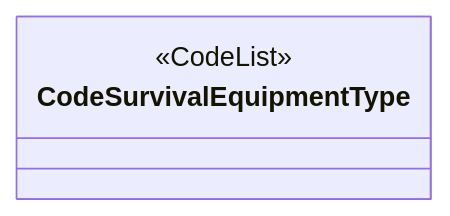
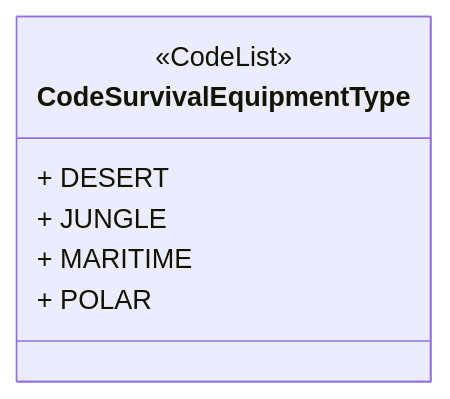
One commit to hlepori/testAIRM changed diagram 41 of 46 in README.md. Above: the diagram before and after it, drawn with Mermaid. The commit also changed other lines of this file, not shown here.

````diff
--- a/README.md
+++ b/README.md
@@ -775,5 +917,9 @@
 ```mermaid	
 classDiagram	
 class CodeSurvivalEquipmentType	
 <<CodeList>> CodeSurvivalEquipmentType	
+CodeSurvivalEquipmentType : + DESERT	
+CodeSurvivalEquipmentType : + JUNGLE	
+CodeSurvivalEquipmentType : + MARITIME	
+CodeSurvivalEquipmentType : + POLAR	
 ```	
````
